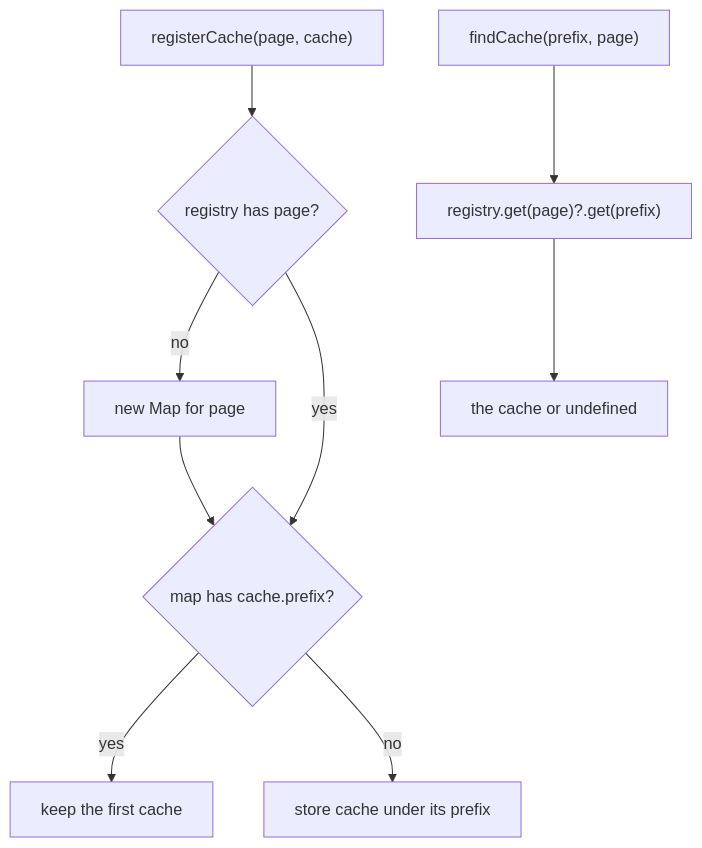
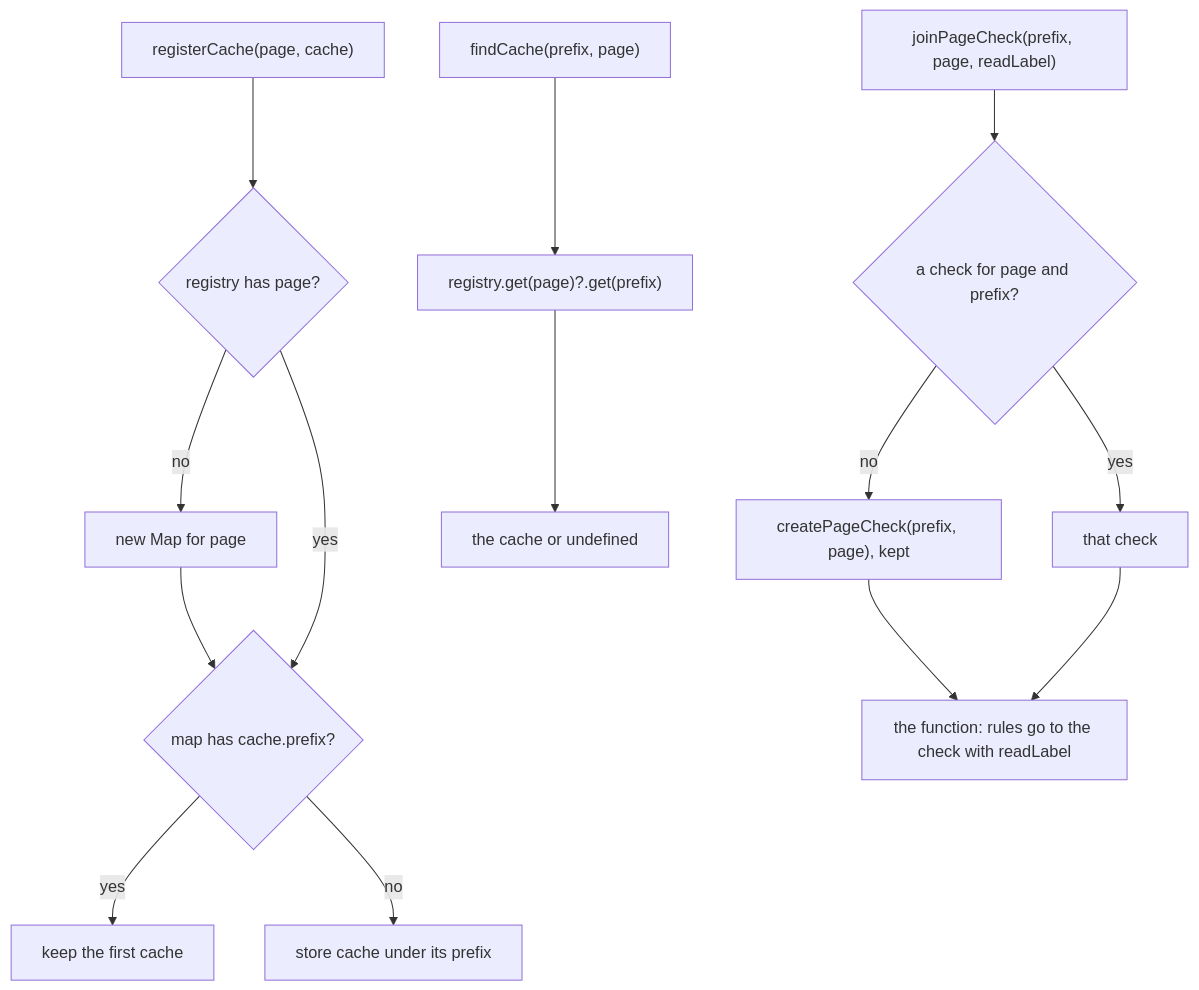
Before and after one commit to soroush-tech/umber-style: the diagram in packages/core/src/cacheRegistry.md, drawn with Mermaid. The commit also changed other lines of this file and 124 other files, not shown here.

````diff
--- a/packages/core/src/cacheRegistry.md
+++ b/packages/core/src/cacheRegistry.md
@@ -16,11 +18,16 @@
 ```mermaid
 flowchart TD
   reg["registerCache(page, cache)"] --> hasDoc{"registry has page?"}
   hasDoc -->|no| mk["new Map for page"]
   hasDoc -->|yes| hasPrefix
   mk --> hasPrefix{"map has cache.prefix?"}
   hasPrefix -->|yes| keep["keep the first cache"]
   hasPrefix -->|no| store["store cache under its prefix"]
   find["findCache(prefix, page)"] --> look["registry.get(page)?.get(prefix)"]
   look --> out["the cache or undefined"]
+  join["joinPageCheck(prefix, page, readLabel)"] --> checkKnown{"a check for page and prefix?"}
+  checkKnown -->|no| makeCheck["createPageCheck(prefix, page), kept"]
+  checkKnown -->|yes| shared["that check"]
+  makeCheck --> bound["the function: rules go to the check with readLabel"]
+  shared --> bound
 ```
````
